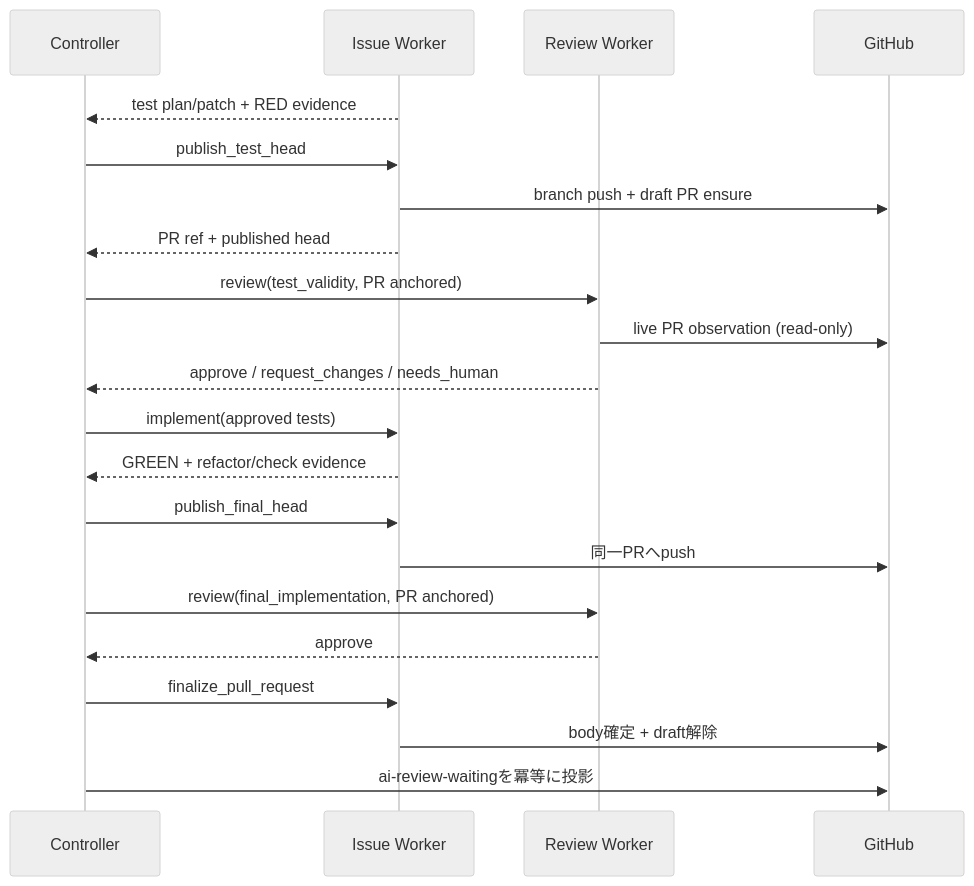
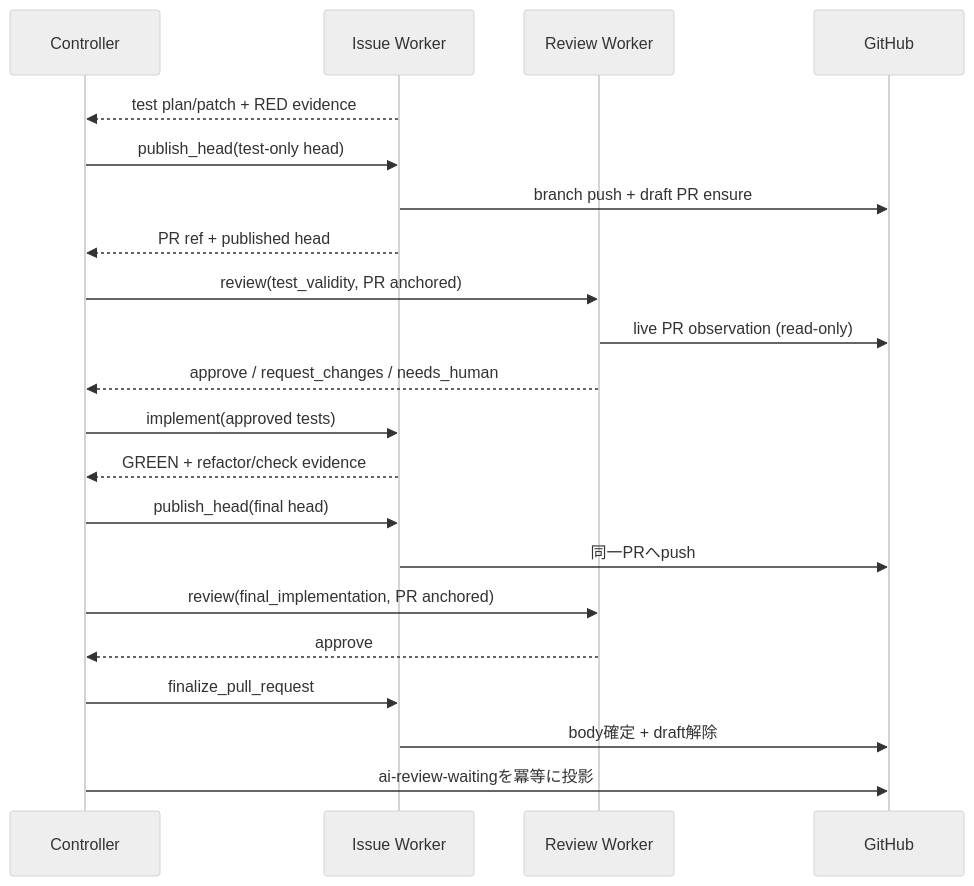
Before and after one commit to mrbaron3/kudo: the first of 2 diagrams in docs/decisions/0002-pr-anchored-review.md, drawn with Mermaid (neutral theme). The commit also changed other lines of this file and 7 other files, not shown here.

````diff
--- a/docs/decisions/0002-pr-anchored-review.md
+++ b/docs/decisions/0002-pr-anchored-review.md
@@ -61,24 +61,24 @@
 ```mermaid
 sequenceDiagram
     participant C as Controller
     participant IW as Issue Worker
     participant RW as Review Worker
     participant GH as GitHub
 
     IW-->>C: test plan/patch + RED evidence
-    C->>IW: publish_test_head
+    C->>IW: publish_head(test-only head)
     IW->>GH: branch push + draft PR ensure
     IW-->>C: PR ref + published head
     C->>RW: review(test_validity, PR anchored)
     RW->>GH: live PR observation (read-only)
     RW-->>C: approve / request_changes / needs_human
     C->>IW: implement(approved tests)
     IW-->>C: GREEN + refactor/check evidence
-    C->>IW: publish_final_head
+    C->>IW: publish_head(final head)
     IW->>GH: 同一PRへpush
     C->>RW: review(final_implementation, PR anchored)
     RW-->>C: approve
     C->>IW: finalize_pull_request
     IW->>GH: body確定 + draft解除
     C->>GH: ai-review-waitingを冪等に投影
 ```
````
